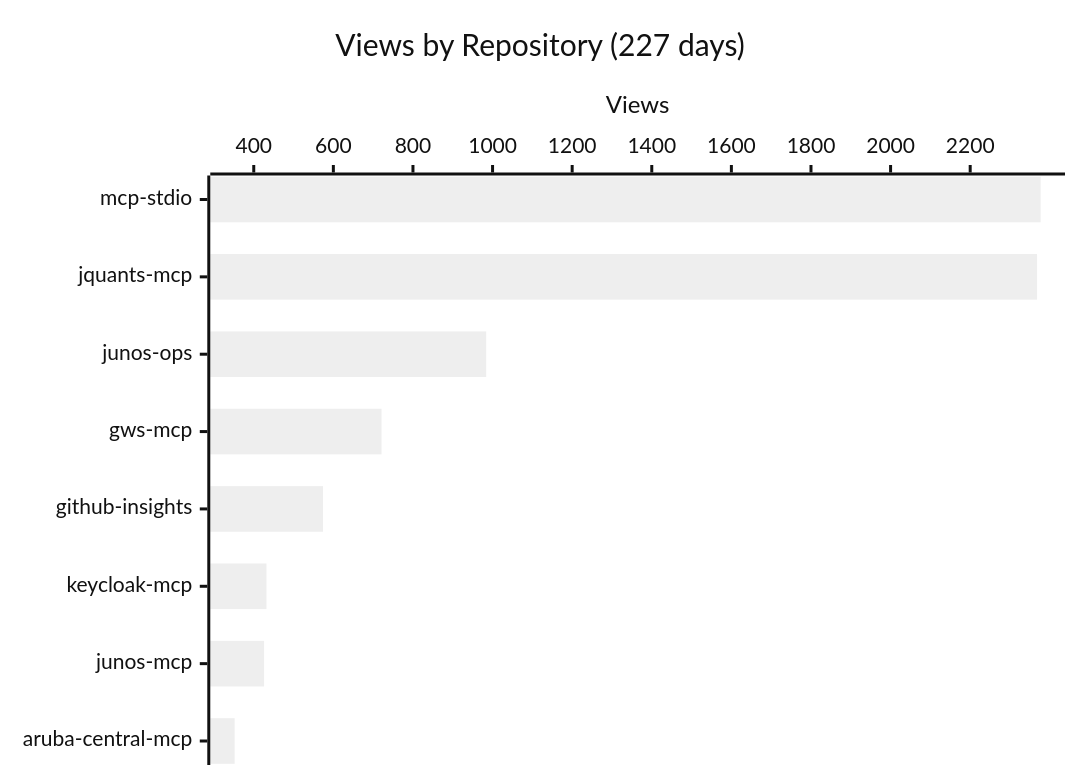
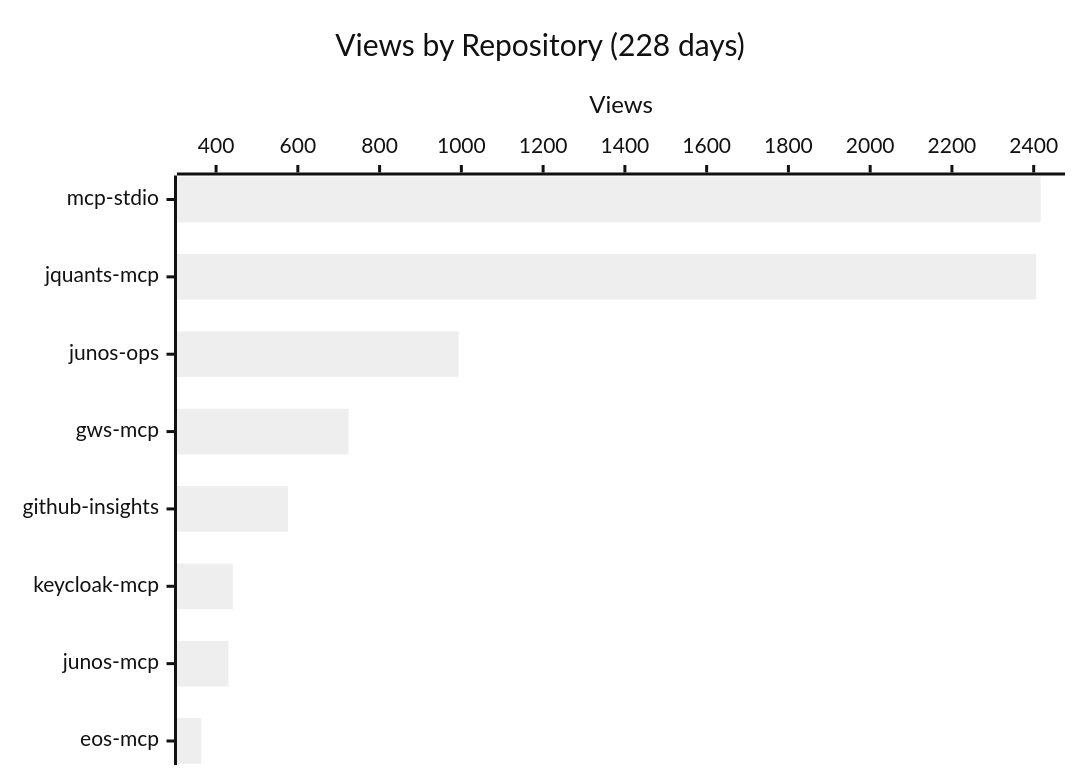
Before and after one commit to shigechika/github-insights: the first of 4 diagrams in README.md, drawn with Mermaid (neutral theme). The commit also changed other lines of this file and 1 other file, not shown here.

````diff
--- a/README.md
+++ b/README.md
@@ -18,7 +18,7 @@
 ```mermaid
 xychart-beta horizontal
-    title "Views by Repository (227 days)"
-    x-axis ["mcp-stdio", "jquants-mcp", "junos-ops", "gws-mcp", "github-insights", "keycloak-mcp", "junos-mcp", "aruba-central-mcp"]
+    title "Views by Repository (228 days)"
+    x-axis ["mcp-stdio", "jquants-mcp", "junos-ops", "gws-mcp", "github-insights", "keycloak-mcp", "junos-mcp", "eos-mcp"]
     y-axis "Views"
-    bar [2377, 2368, 984, 721, 574, 432, 426, 352]
+    bar [2417, 2406, 993, 724, 576, 441, 430, 364]
 ```
````
